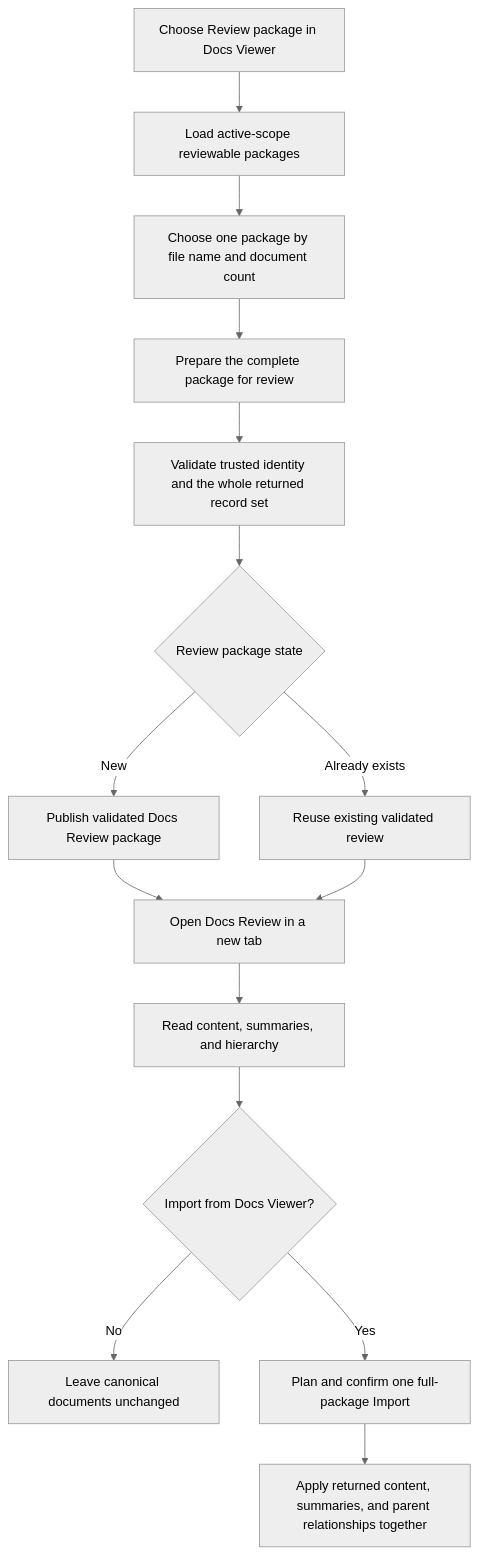
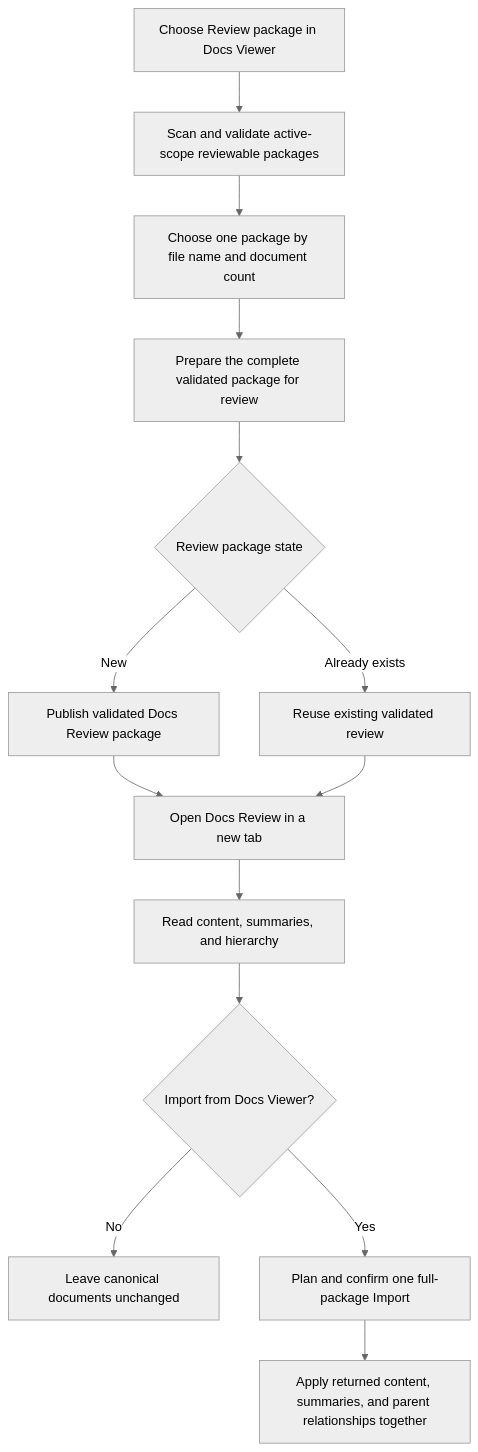
The diagram in docs-viewer/scopes/studio/source/documents/d-20260722-204025-15ea54.md (dotlineform/dotlineform-site), drawn with Mermaid (neutral theme) before and after one commit. The commit also changed other lines of this file and 9 other files, not shown here.

````diff
--- a/docs-viewer/scopes/studio/source/documents/d-20260722-204025-15ea54.md
+++ b/docs-viewer/scopes/studio/source/documents/d-20260722-204025-15ea54.md
@@ -37,19 +38,18 @@
 ```mermaid
 flowchart TD
   accTitle: Review package and full import workflow
   accDescr: Docs Viewer prepares one complete returned package for read-only review, then a separate full Import applies all returned document fields together.
-  action[Choose Review package in Docs Viewer] --> list[Load active-scope reviewable packages]
+  action[Choose Review package in Docs Viewer] --> list[Scan and validate active-scope reviewable packages]
   list --> choose[Choose one package by file name and document count]
-  choose --> prepare[Prepare the complete package for review]
-  prepare --> validate[Validate trusted identity and the whole returned record set]
-  validate --> reviewState{Review package state}
+  choose --> prepare[Prepare the complete validated package for review]
+  prepare --> reviewState{Review package state}
   reviewState -->|New| publish[Publish validated Docs Review package]
   reviewState -->|Already exists| existing[Reuse existing validated review]
   publish --> open[Open Docs Review in a new tab]
   existing --> open
   open --> inspect[Read content, summaries, and hierarchy]
   inspect --> importChoice{Import from Docs Viewer?}
   importChoice -->|No| unchanged[Leave canonical documents unchanged]
   importChoice -->|Yes| fullImport[Plan and confirm one full-package Import]
   fullImport --> apply[Apply returned content, summaries, and parent relationships together]
 ```
````
